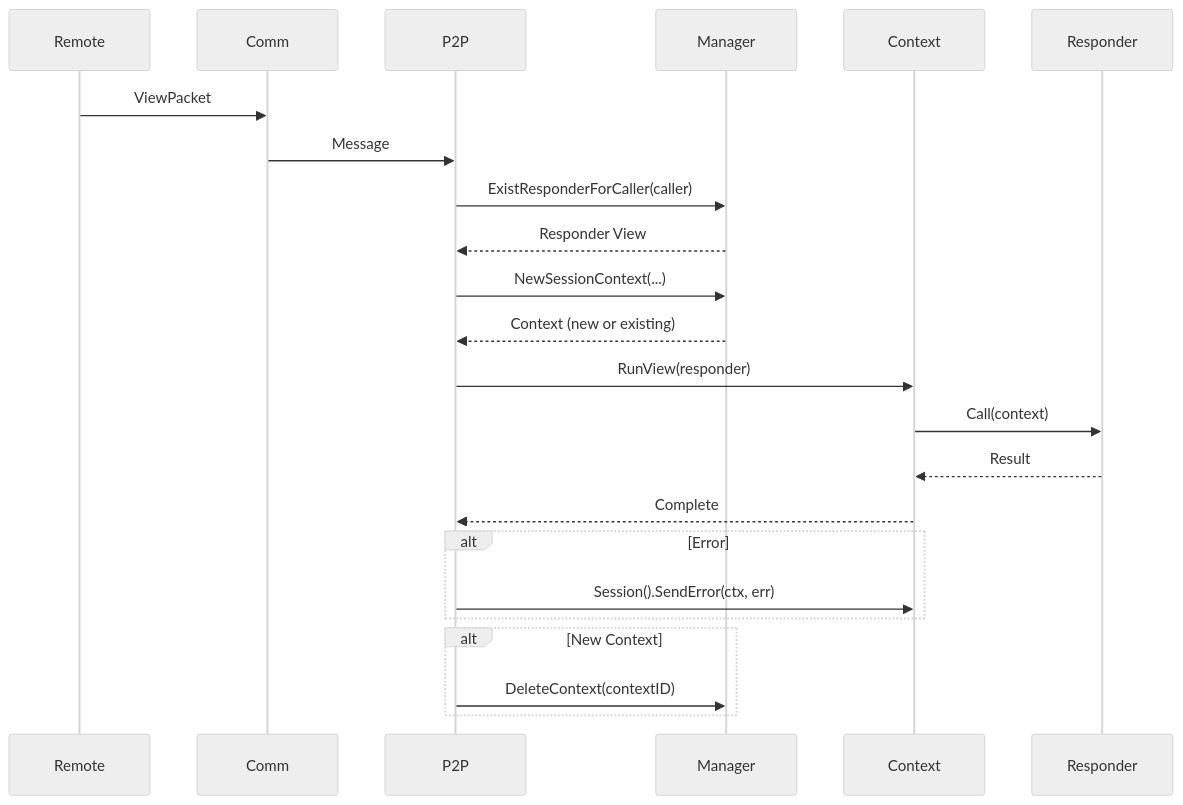
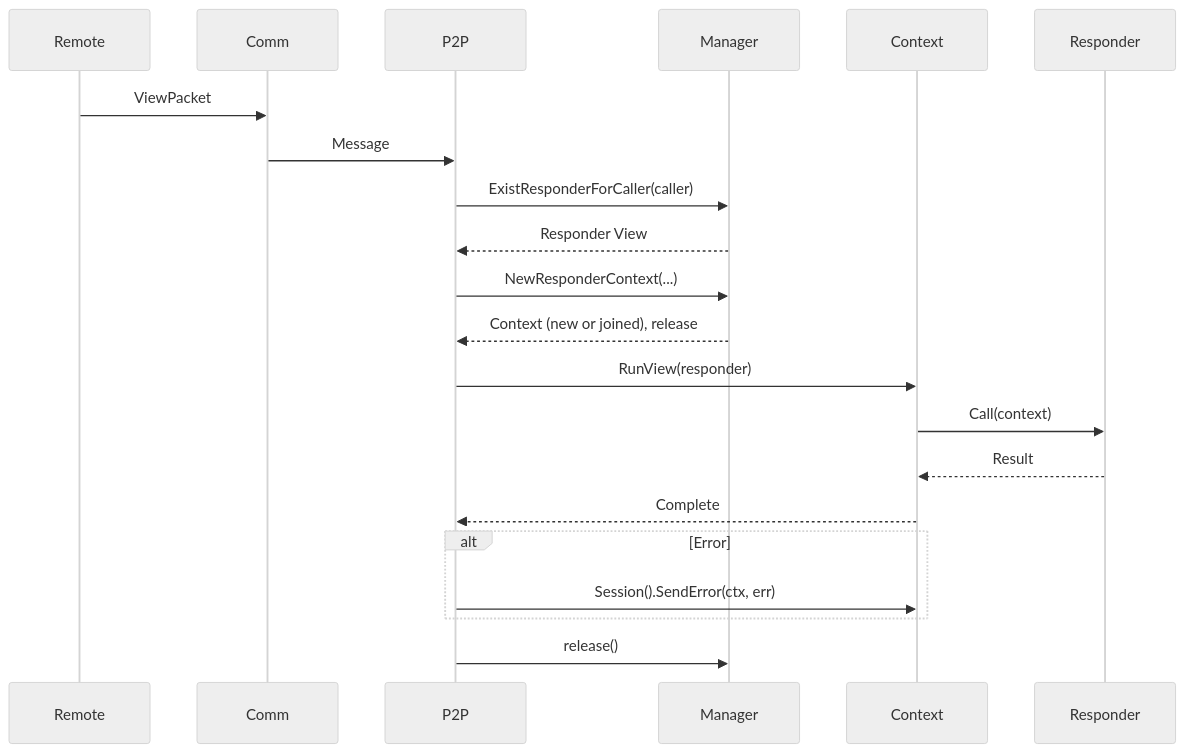
One commit to hyperledger-labs/fabric-smart-client changed the fourth of 4 diagrams in docs/platform/view/services/view-service.md. Above: the diagram before and after it, drawn with Mermaid (neutral theme). The commit also changed other lines of this file and 7 other files, not shown here.

First line of the commit message:
fix(view)!: keep a shared responder context alive until its last responder returns (#2073)

````diff
--- a/docs/platform/view/services/view-service.md
+++ b/docs/platform/view/services/view-service.md
@@ -414,30 +418,28 @@
 ```mermaid
 sequenceDiagram
     participant Remote
     participant Comm
     participant P2P
     participant Manager
     participant Context
     participant Responder
 
     Remote->>Comm: ViewPacket
     Comm->>P2P: Message
     P2P->>Manager: ExistResponderForCaller(caller)
     Manager-->>P2P: Responder View
     
-    P2P->>Manager: NewSessionContext(...)
-    Manager-->>P2P: Context (new or existing)
+    P2P->>Manager: NewResponderContext(...)
+    Manager-->>P2P: Context (new or joined), release
     
     P2P->>Context: RunView(responder)
     Context->>Responder: Call(context)
     Responder-->>Context: Result
     Context-->>P2P: Complete
     
     alt Error
         P2P->>Context: Session().SendError(ctx, err)
     end
     
-    alt New Context
-        P2P->>Manager: DeleteContext(contextID)
-    end
+    P2P->>Manager: release()
 ```
````
